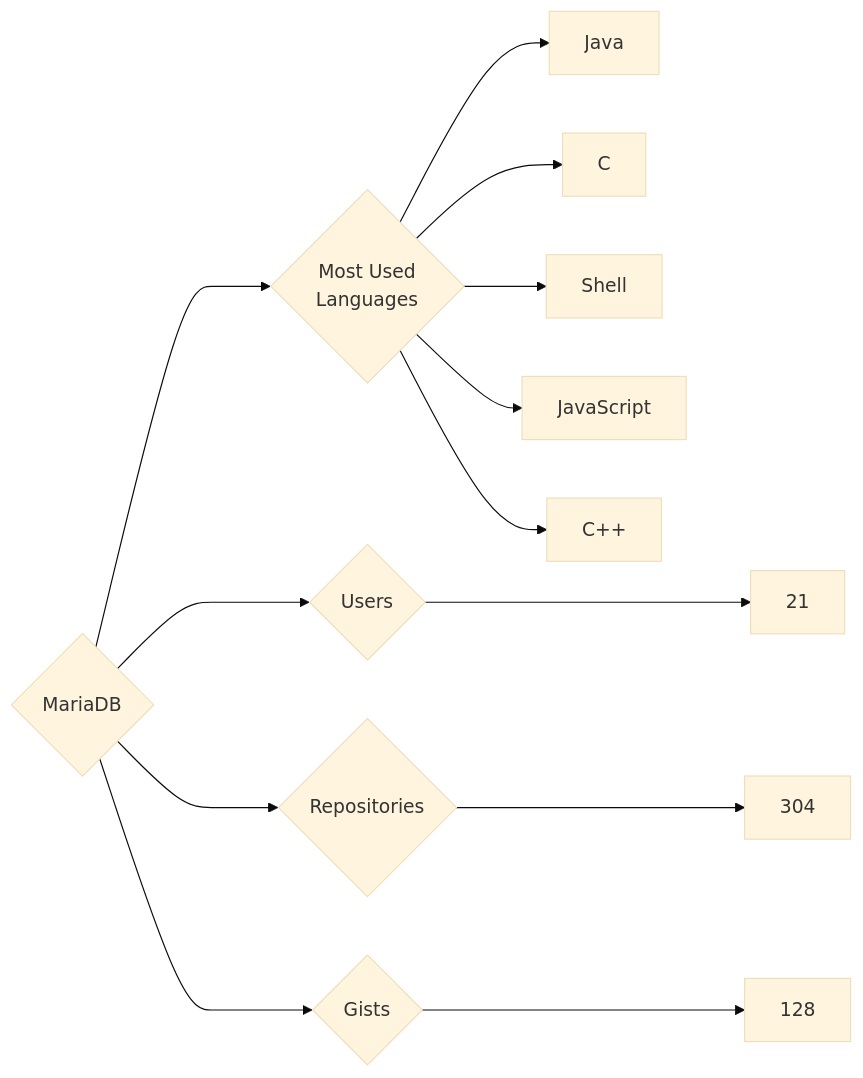
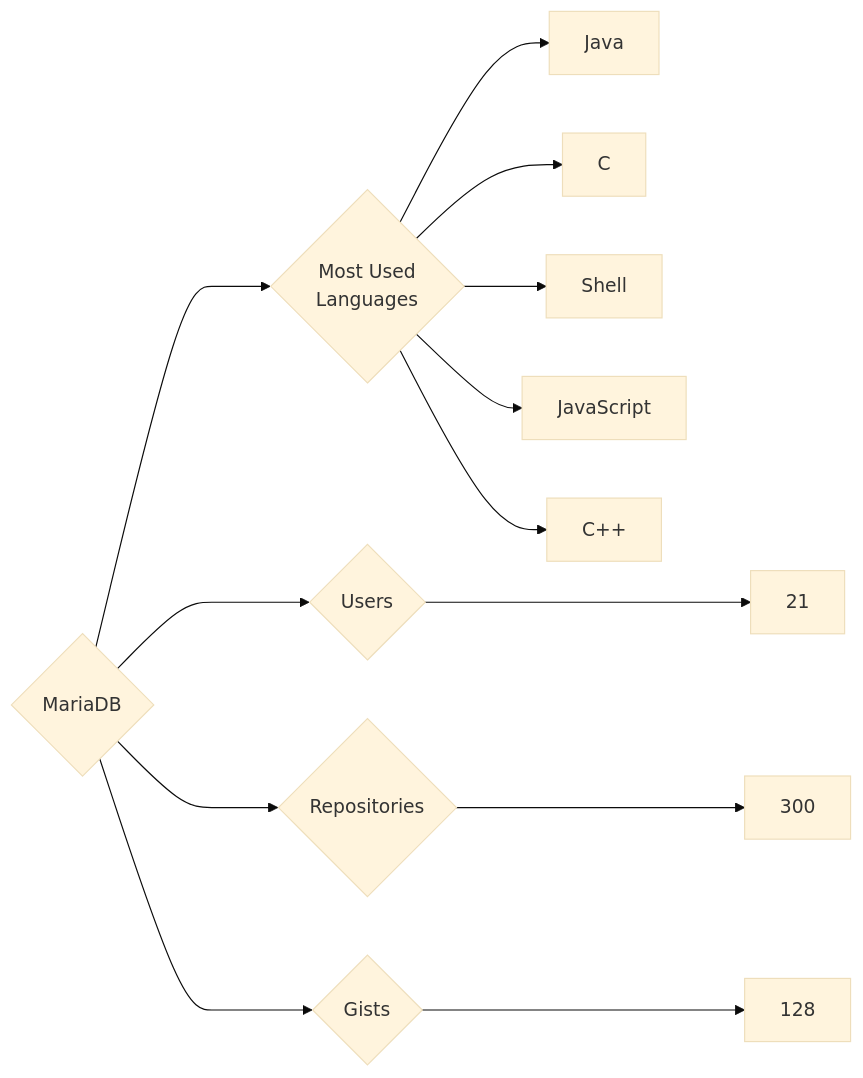
Before and after one commit to trickest/insiders: the diagram in targets/MariaDB/README.md, drawn with Mermaid (base theme). The commit also changed 914 other files, not shown here.

````diff
--- a/targets/MariaDB/README.md
+++ b/targets/MariaDB/README.md
@@ -3,13 +3,13 @@
 ```mermaid
 graph LR
 COMPANY_NAME{MariaDB}
 COMPANY_NAME ---> U{Users} ---> UN[21]
-COMPANY_NAME ---> R{Repositories} ---> RN[304]
+COMPANY_NAME ---> R{Repositories} ---> RN[300]
 COMPANY_NAME ---> G{Gists} ---> GN[128]
 COMPANY_NAME ---> ML{Most Used<br>Languages}
 ML --> Java[Java]
 ML --> C[C]
 ML --> Shell[Shell]
 ML --> JavaScript[JavaScript]
 ML --> C++[C++]
 ```
````
